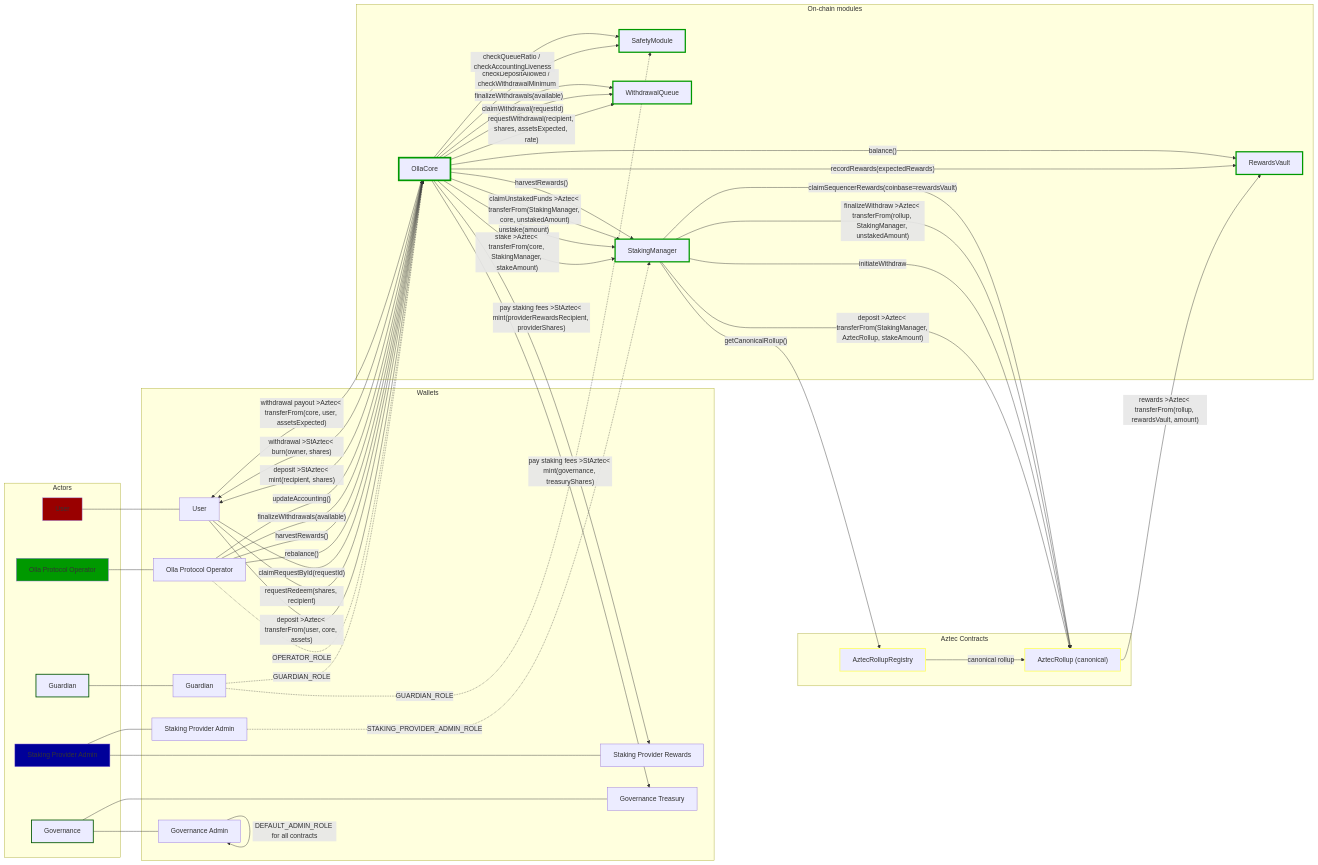
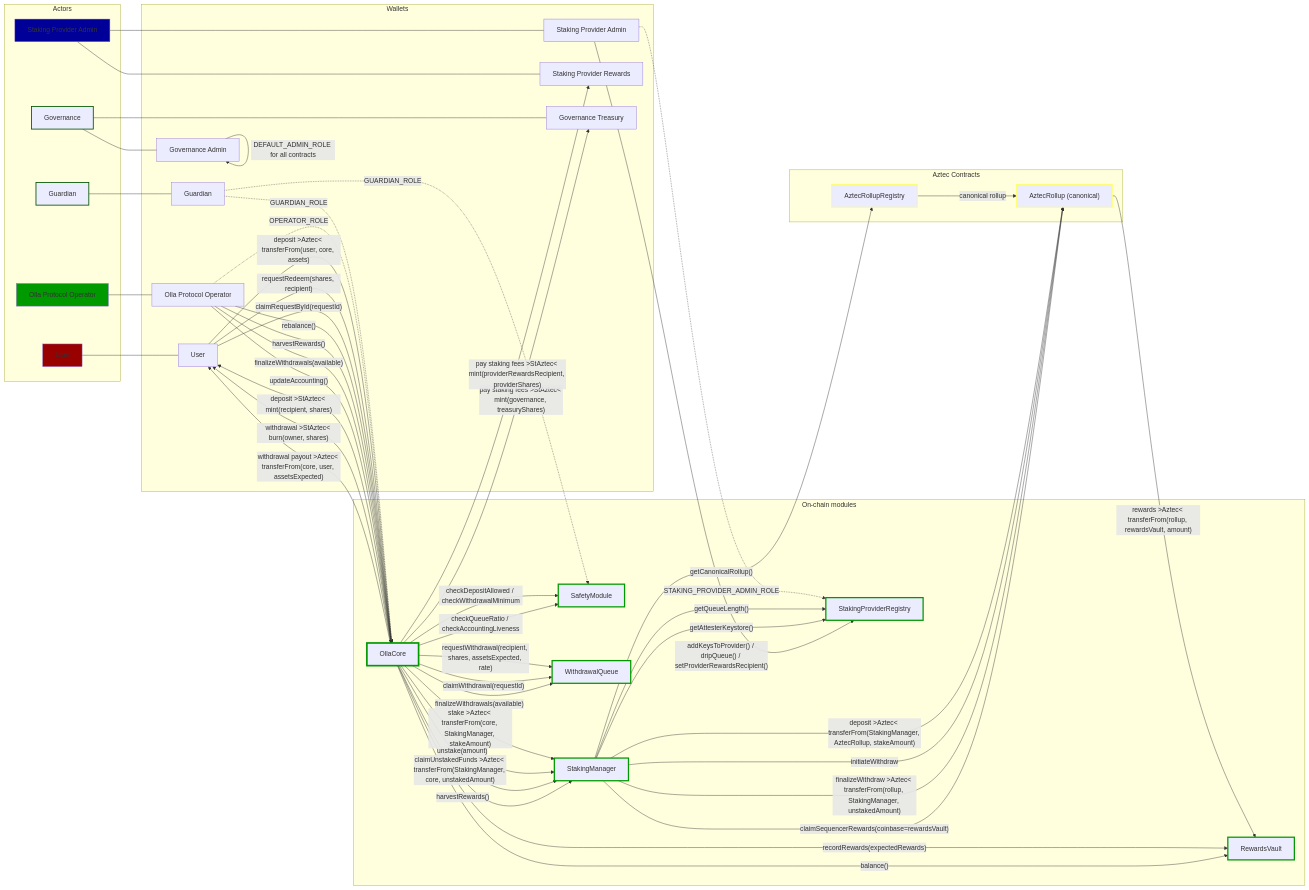
One commit to ollafinance/core changed the first of 6 diagrams in mermaid-diagrams.md. Above: the diagram before and after it, drawn with Mermaid.

Commit message:
update mermaid

```diff
--- a/mermaid-diagrams.md
+++ b/mermaid-diagrams.md
@@ -37,6 +37,7 @@
     withdrawQ[WithdrawalQueue]
     rewards[RewardsVault]
     stkMan[StakingManager]
+    spr[StakingProviderRegistry]
 end
 
 subgraph "Aztec Contracts"
@@ -48,7 +49,7 @@
 guardianWallet -. "GUARDIAN_ROLE" .-> safety
 
 ollaOperatorWallet -. "OPERATOR_ROLE" .-> core
-stakingProviderAdminWallet -. "STAKING_PROVIDER_ADMIN_ROLE" .-> stkMan
+stakingProviderAdminWallet -. "STAKING_PROVIDER_ADMIN_ROLE" .-> spr
 
 %% User flows (asset + call-path)
 userWallet -->|"deposit >Aztec< transferFrom(user, core, assets)"| core
@@ -74,6 +75,8 @@
 
 %% Staking principal (AZTEC token) movements
 core -->|"stake >Aztec< transferFrom(core, StakingManager, stakeAmount)"| stkMan
+stkMan -->|"getQueueLength()"| spr
+stkMan -->|"getAttesterKeystore()"| spr
 stkMan -->|"deposit >Aztec< transferFrom(StakingManager, AztecRollup, stakeAmount)"| rollup
 
 core -->|"unstake(amount)"| stkMan
@@ -96,6 +99,9 @@
 core -->|"pay staking fees >StAztec< mint(governance, treasuryShares)"| treasury
 core -->|"pay staking fees >StAztec< mint(providerRewardsRecipient, providerShares)"| stakingProviderRewardsWallet
 
+%% Staking provider admin (control-plane)
+stakingProviderAdminWallet -->|"addKeysToProvider() / dripQueue() / setProviderRewardsRecipient()"| spr
+
 style user fill:#900
 style ollaOperatorActor fill:#090
 style stakingProviderActor fill:#009
@@ -104,6 +110,7 @@
 style safety stroke:#090,stroke-width:3px
 style rewards stroke:#090,stroke-width:3px
 style stkMan stroke:#090,stroke-width:3px
+style spr stroke:#090,stroke-width:3px
 style withdrawQ stroke:#090,stroke-width:3px
 style rollupRegistry stroke:#ff6,stroke-width:2px
 style guardianActor stroke:#050,stroke-width:2px
```
